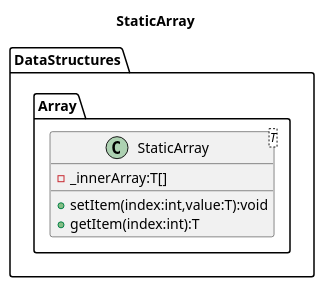
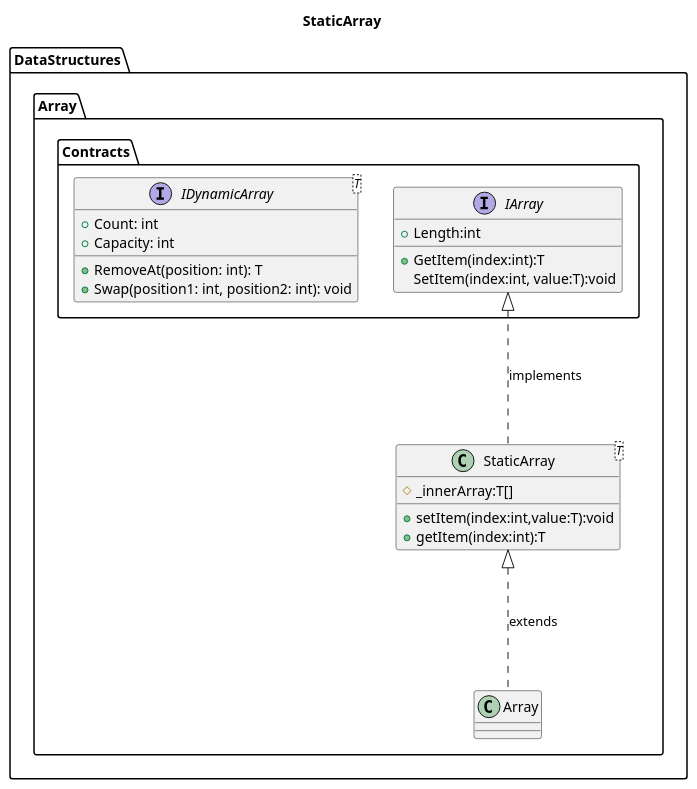
Before and after one commit to zcomert/veri-yapilari-ve-algoritmalar: the diagram in DataStructures/Array/Model/StaticArray.wsd, drawn with PlantUML. The commit also changed 84 other files, not shown here.

```diff
--- a/DataStructures/Array/Model/StaticArray.wsd
+++ b/DataStructures/Array/Model/StaticArray.wsd
@@ -1,11 +1,29 @@
 @startuml StaticArray
 title StaticArray
 
+namespace DataStructures.Array.Contracts{
+    interface IArray{
+        +Length:int
+        +GetItem(index:int):T
+        SetItem(index:int, value:T):void
+    }
+
+    interface IDynamicArray<T> {
+    + Count: int
+    + Capacity: int
+    + RemoveAt(position: int): T
+    + Swap(position1: int, position2: int): void
+}
+}
+
 namespace DataStructures.Array{
     class StaticArray<T>{
-        -_innerArray:T[]
+        #_innerArray:T[]
         +setItem(index:int,value:T):void
         +getItem(index:int):T
     }
 }
+
+DataStructures.Array.StaticArray -.up.|> DataStructures.Array.Contracts.IArray : "implements"
+DataStructures.Array.Array -.up.|> DataStructures.Array.StaticArray : "extends"
 @enduml
```
